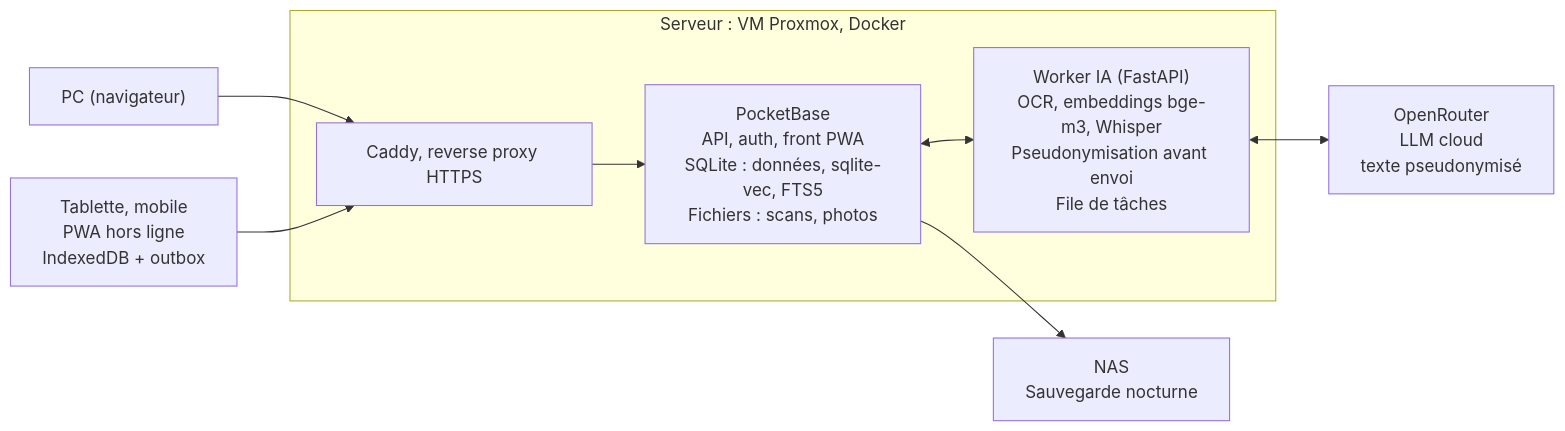
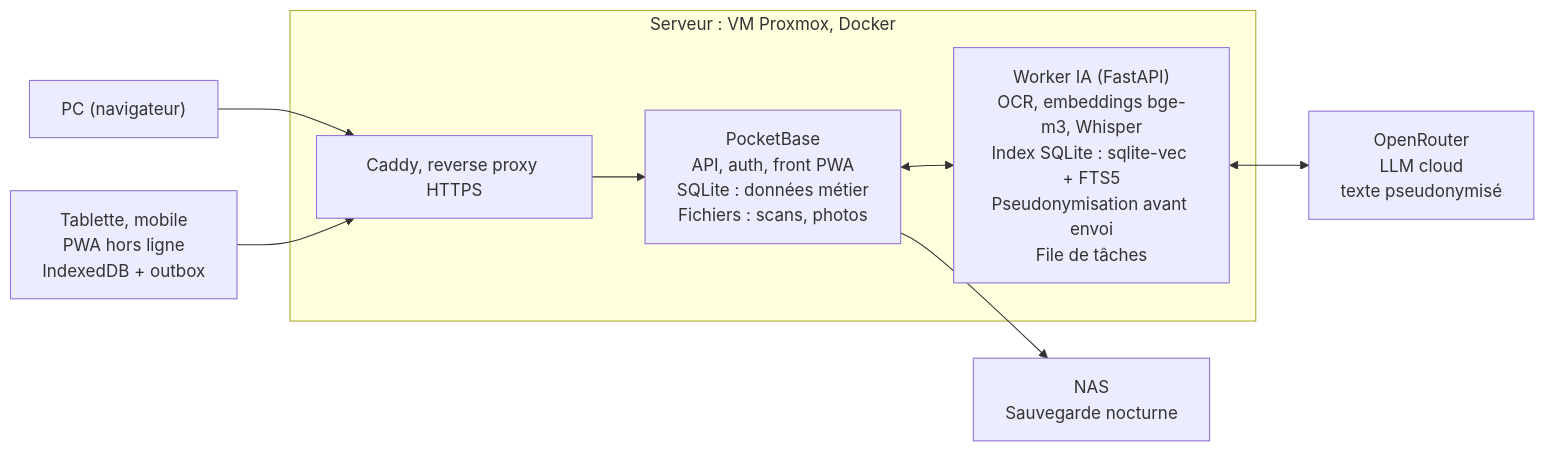
Before and after one commit to Midsnipee/gestion_copro: the first of 2 diagrams in docs/specifications.md, drawn with Mermaid. The commit also changed other lines of this file and 45 other files, not shown here.

````diff
--- a/docs/specifications.md
+++ b/docs/specifications.md
@@ -86,11 +86,11 @@
 ```mermaid
 flowchart LR
     PC["PC (navigateur)"] --> Caddy
     Mobile["Tablette, mobile<br/>PWA hors ligne<br/>IndexedDB + outbox"] --> Caddy
     subgraph VM["Serveur : VM Proxmox, Docker"]
-        Caddy["Caddy, reverse proxy HTTPS"] --> PB["PocketBase<br/>API, auth, front PWA<br/>SQLite : données, sqlite-vec, FTS5<br/>Fichiers : scans, photos"]
-        PB <--> Worker["Worker IA (FastAPI)<br/>OCR, embeddings bge-m3, Whisper<br/>Pseudonymisation avant envoi<br/>File de tâches"]
+        Caddy["Caddy, reverse proxy HTTPS"] --> PB["PocketBase<br/>API, auth, front PWA<br/>SQLite : données métier<br/>Fichiers : scans, photos"]
+        PB <--> Worker["Worker IA (FastAPI)<br/>OCR, embeddings bge-m3, Whisper<br/>Index SQLite : sqlite-vec + FTS5<br/>Pseudonymisation avant envoi<br/>File de tâches"]
     end
     PB --> NAS["NAS<br/>Sauvegarde nocturne"]
     Worker <--> OR["OpenRouter<br/>LLM cloud<br/>texte pseudonymisé"]
 ```
````
